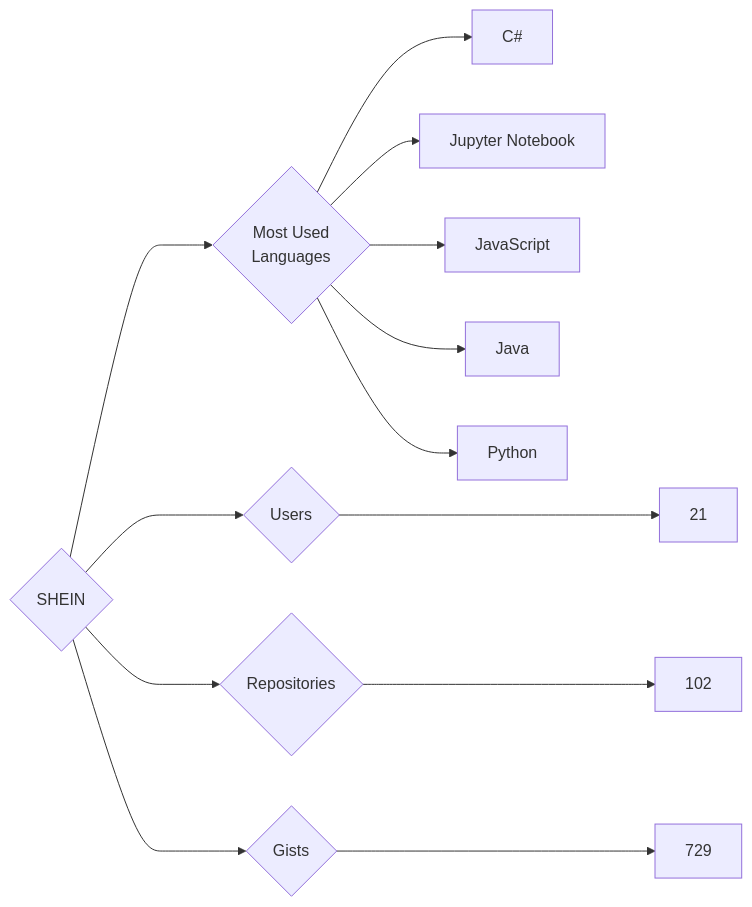
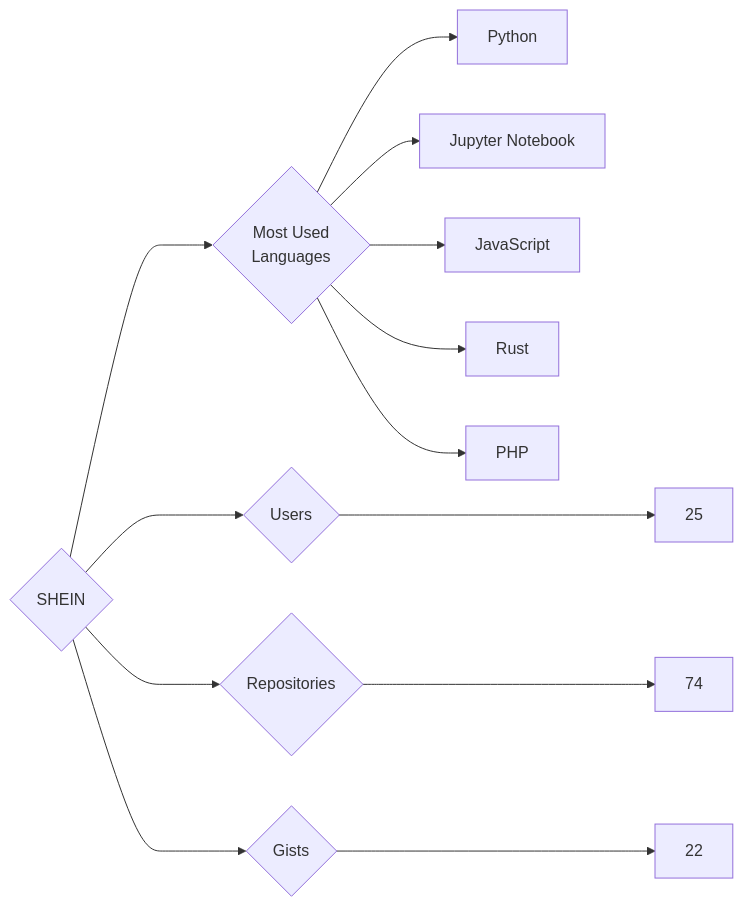
One commit to trickest/insiders changed the diagram in targets/SHEIN/README.md. Above: the diagram before and after it, drawn with Mermaid. The commit also changed 878 other files, not shown here.

````diff
--- a/targets/SHEIN/README.md
+++ b/targets/SHEIN/README.md
@@ -3,13 +3,13 @@
 ```mermaid
 graph LR
 COMPANY_NAME{SHEIN}
-COMPANY_NAME ---> U{Users} ---> UN[21]
-COMPANY_NAME ---> R{Repositories} ---> RN[102]
-COMPANY_NAME ---> G{Gists} ---> GN[729]
+COMPANY_NAME ---> U{Users} ---> UN[25]
+COMPANY_NAME ---> R{Repositories} ---> RN[74]
+COMPANY_NAME ---> G{Gists} ---> GN[22]
 COMPANY_NAME ---> ML{Most Used<br>Languages}
-ML --> C#[C#]
+ML --> Python[Python]
 ML --> Jupyter_Notebook[Jupyter Notebook]
 ML --> JavaScript[JavaScript]
-ML --> Java[Java]
-ML --> Python[Python]
+ML --> Rust[Rust]
+ML --> PHP[PHP]
 ```
````
